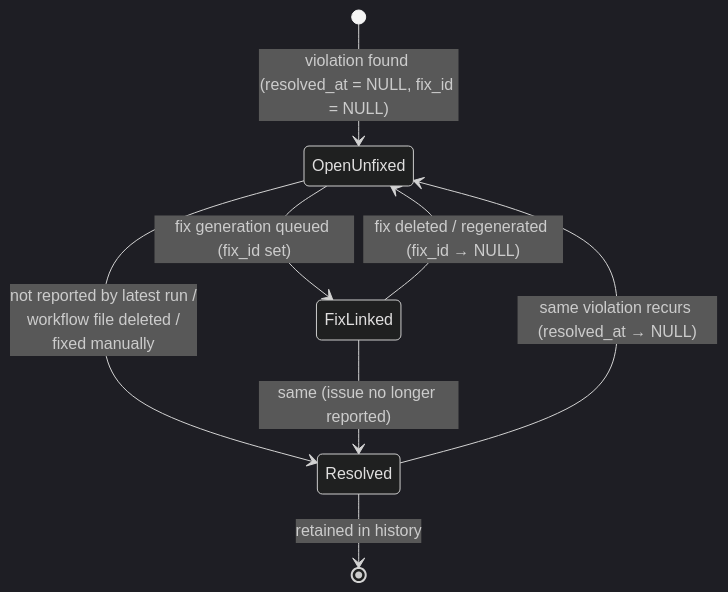
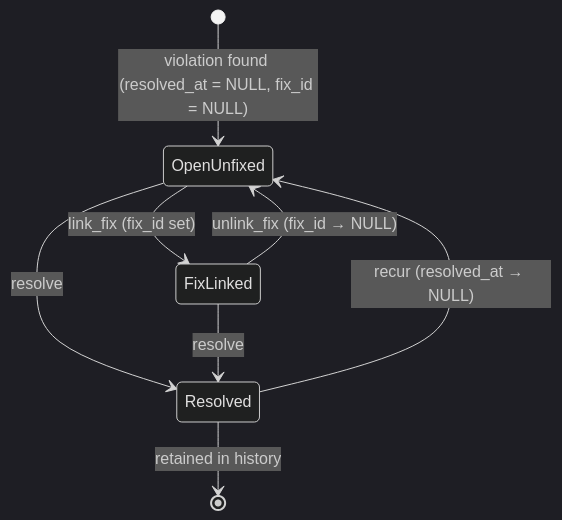
The third of 5 diagrams in docs/state-machines.md (TheoGoudout/greensecops), drawn with Mermaid (dark theme) before and after one commit. The commit also changed other lines of this file and 19 other files, not shown here.

````diff
--- a/docs/state-machines.md
+++ b/docs/state-machines.md
@@ -157,14 +189,14 @@
 ```mermaid
 stateDiagram-v2
     [*] --> OpenUnfixed: violation found (resolved_at = NULL, fix_id = NULL)
 
-    OpenUnfixed --> FixLinked: fix generation queued (fix_id set)
-    FixLinked --> OpenUnfixed: fix deleted / regenerated (fix_id → NULL)
+    OpenUnfixed --> FixLinked: link_fix (fix_id set)
+    FixLinked --> OpenUnfixed: unlink_fix (fix_id → NULL)
 
-    OpenUnfixed --> Resolved: not reported by latest run /<br/>workflow file deleted /<br/>fixed manually
-    FixLinked --> Resolved: same (issue no longer reported)
+    OpenUnfixed --> Resolved: resolve
+    FixLinked --> Resolved: resolve
 
-    Resolved --> OpenUnfixed: same violation recurs (resolved_at → NULL)
+    Resolved --> OpenUnfixed: recur (resolved_at → NULL)
 
     Resolved --> [*]: retained in history
 ```
````
